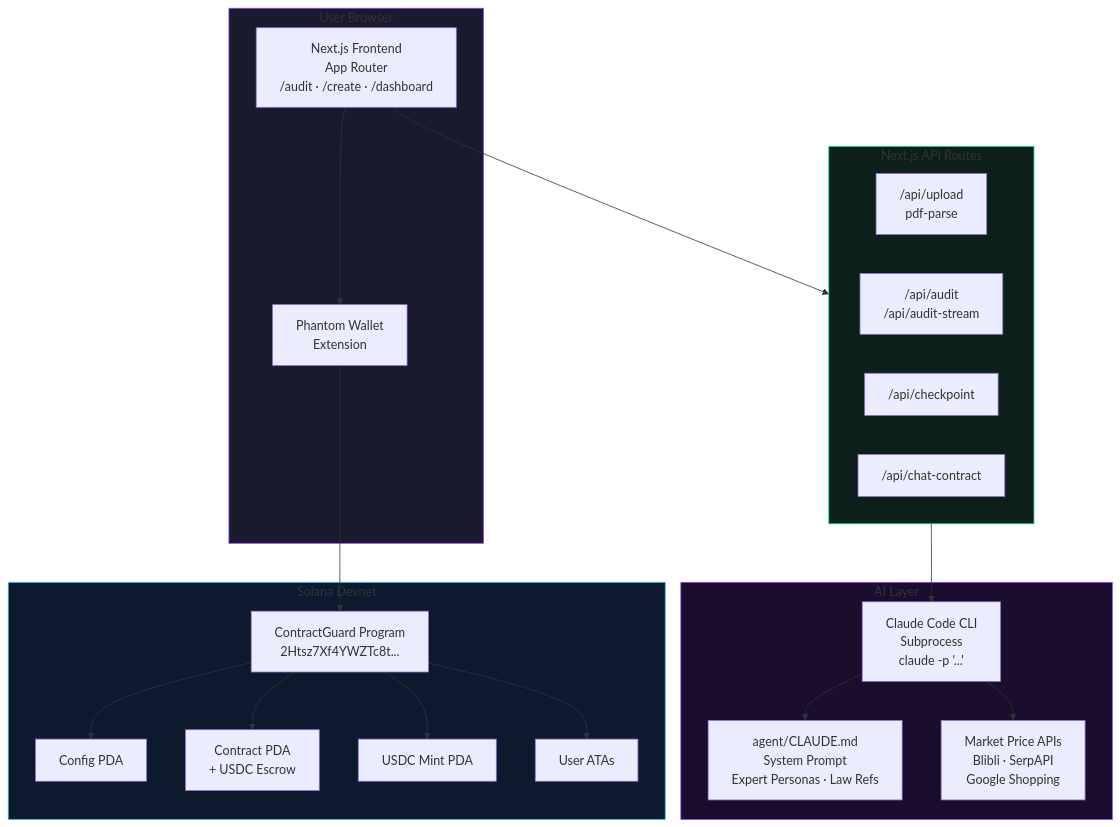
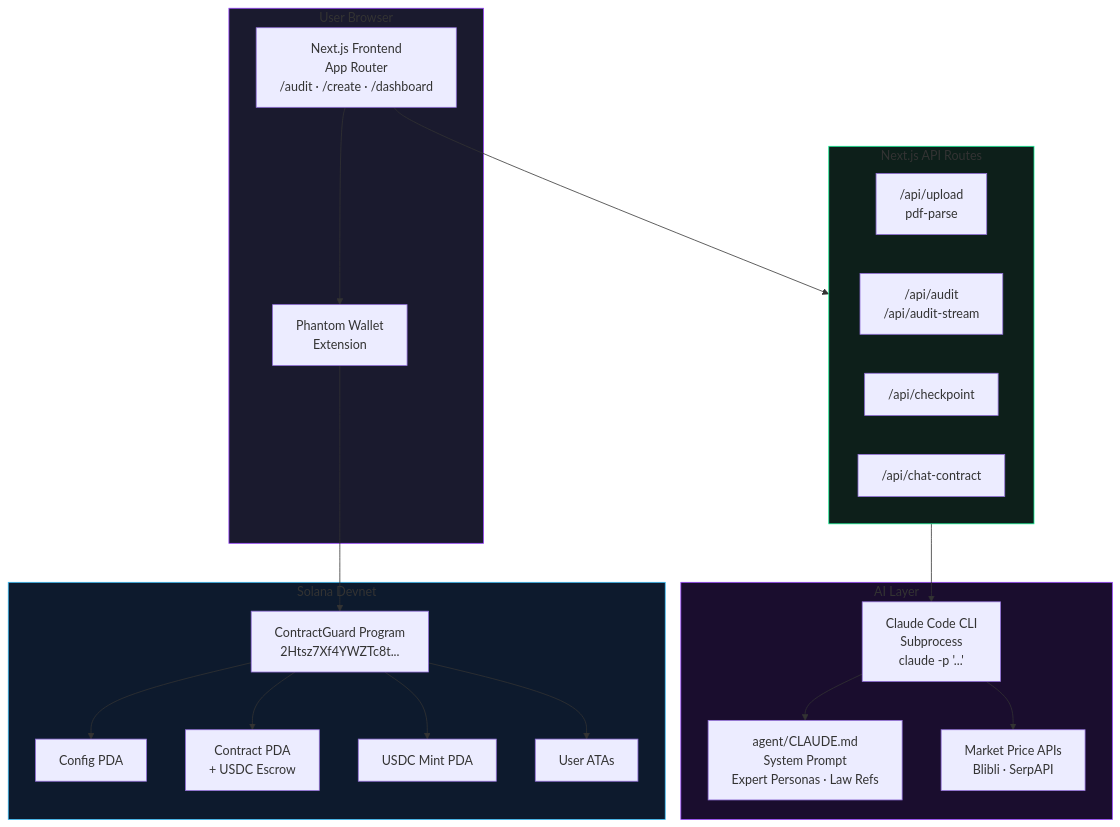
Before and after one commit to ContracGuardAI/frontend: the first of 2 diagrams in docs/architecture/overview.md, drawn with Mermaid. The commit also changed 4 other files, not shown here.

Commit message:
fix(docs): delete google CSE & add Blibli + SerpAPI

````diff
--- a/docs/architecture/overview.md
+++ b/docs/architecture/overview.md
@@ -5,44 +5,44 @@
 ```mermaid
 graph TB
     subgraph Browser["User Browser"]
         UI["Next.js Frontend\nApp Router\n/audit · /create · /dashboard"]
         Wallet["Phantom Wallet\nExtension"]
     end
 
     subgraph NextAPI["Next.js API Routes"]
         upload["/api/upload\npdf-parse"]
         audit["/api/audit\n/api/audit-stream"]
         checkpoint["/api/checkpoint"]
         chat["/api/chat-contract"]
     end
 
     subgraph AI["AI Layer"]
         cli["Claude Code CLI\nSubprocess\nclaude -p '...'"]
         prompt["agent/CLAUDE.md\nSystem Prompt\nExpert Personas · Law Refs"]
-        prices["Market Price APIs\nBlibli · SerpAPI\nGoogle Shopping"]
+        prices["Market Price APIs\nBlibli · SerpAPI"]
     end
 
     subgraph Solana["Solana Devnet"]
         program["ContractGuard Program\n2Htsz7Xf4YWZTc8t..."]
         config["Config PDA"]
         contract["Contract PDA\n+ USDC Escrow"]
         mint["USDC Mint PDA"]
         ata["User ATAs"]
     end
 
     UI --> NextAPI
     NextAPI --> cli
     cli --> prompt
     cli --> prices
     UI --> Wallet
     Wallet --> program
     program --> config
     program --> contract
     program --> mint
     program --> ata
 
     style Browser fill:#1a1a2e,stroke:#9945FF
     style NextAPI fill:#0d1f1a,stroke:#14F195
     style AI fill:#1a0d2e,stroke:#9945FF
     style Solana fill:#0d1a2d,stroke:#38BDF8
 ```
````
